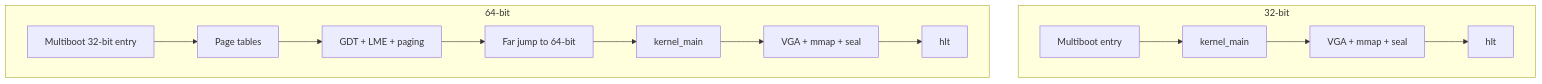
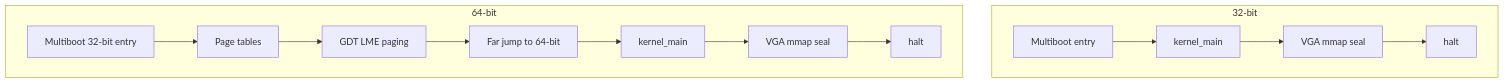
One commit to AHMADALIPARR/preeny-sovereign changed the second of 5 diagrams in docs/ARCHITECTURE.md. Above: the diagram before and after it, drawn with Mermaid. The commit also changed other lines of this file, not shown here.

Commit message:
Fix architecture doc: no broken SVG embeds, safe mermaid syntax

````diff
--- a/docs/ARCHITECTURE.md
+++ b/docs/ARCHITECTURE.md
@@ -17,17 +34,17 @@
 ```mermaid
 flowchart TD
-    subgraph K32["32-bit"]
+    subgraph K32[32-bit]
         A1[Multiboot entry] --> A2[kernel_main]
-        A2 --> A3[VGA + mmap + seal]
-        A3 --> A4[hlt]
+        A2 --> A3[VGA mmap seal]
+        A3 --> A4[halt]
     end
 
-    subgraph K64["64-bit"]
+    subgraph K64[64-bit]
         B1[Multiboot 32-bit entry] --> B2[Page tables]
-        B2 --> B3[GDT + LME + paging]
+        B2 --> B3[GDT LME paging]
         B3 --> B4[Far jump to 64-bit]
         B4 --> B5[kernel_main]
-        B5 --> B6[VGA + mmap + seal]
-        B6 --> B7[hlt]
+        B5 --> B6[VGA mmap seal]
+        B6 --> B7[halt]
     end
 ```
````
